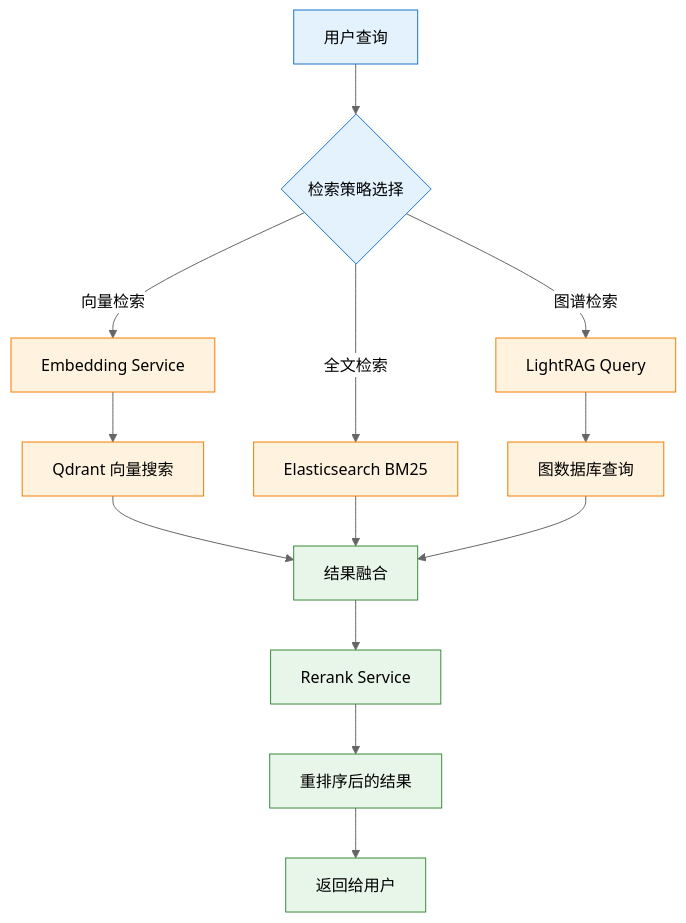
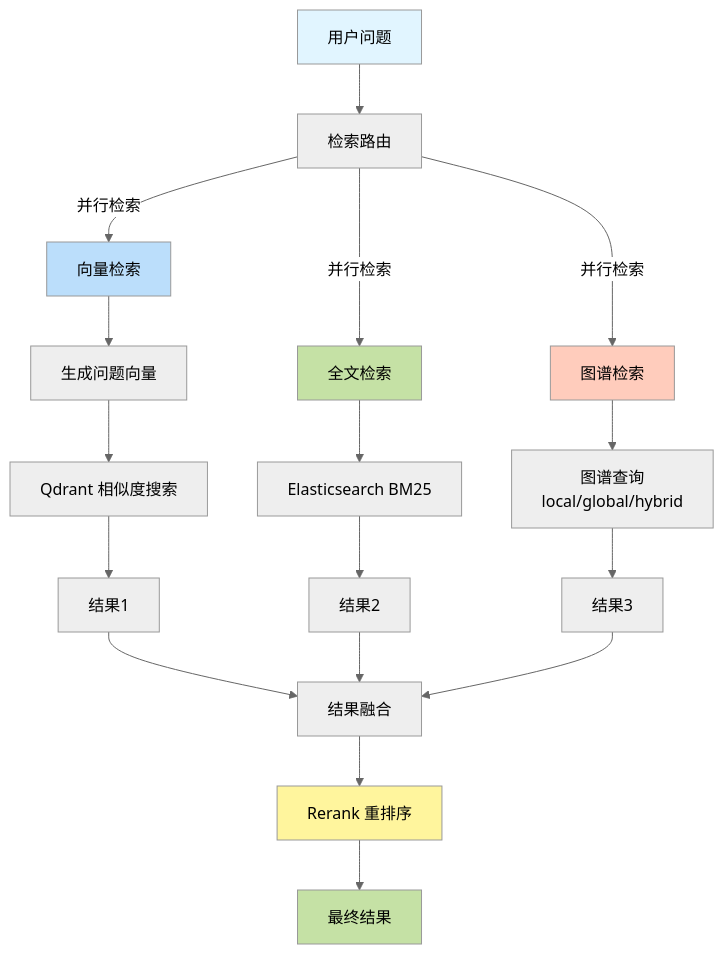
One commit to ruah0807/ApeRAG changed the ninth of 13 diagrams in docs/zh-CN/design/architecture.md. Above: the diagram before and after it, drawn with Mermaid (neutral theme). The commit also changed other lines of this file and 5 other files, not shown here.

Commit message:
feat: update architecture docs (#1431)

````diff
--- a/docs/zh-CN/design/architecture.md
+++ b/docs/zh-CN/design/architecture.md
@@ -448,29 +395,32 @@
 ```mermaid
-graph TB
-    A[用户查询] --> B{检索策略选择}
+flowchart TB
+    Query[用户问题] --> Router[检索路由]
     
-    B -->|向量检索| C[Embedding Service]
-    C --> D[Qdrant 向量搜索]
+    Router --> |并行检索| Vector[向量检索]
+    Router --> |并行检索| Fulltext[全文检索]
+    Router --> |并行检索| Graph[图谱检索]
     
-    B -->|全文检索| E[Elasticsearch BM25]
+    Vector --> Embed[生成问题向量]
+    Embed --> QdrantSearch[Qdrant 相似度搜索]
+    QdrantSearch --> R1[结果1]
     
-    B -->|图谱检索| F[LightRAG Query]
-    F --> G[图数据库查询]
+    Fulltext --> ESSearch[Elasticsearch BM25]
+    ESSearch --> R2[结果2]
     
-    D --> H[结果融合]
-    E --> H
-    G --> H
+    Graph --> GraphQuery[图谱查询<br/>local/global/hybrid]
+    GraphQuery --> R3[结果3]
     
-    H --> I[Rerank Service]
-    I --> J[重排序后的结果]
+    R1 --> Merge[结果融合]
+    R2 --> Merge
+    R3 --> Merge
     
-    J --> K[返回给用户]
+    Merge --> Rerank[Rerank 重排序]
+    Rerank --> Final[最终结果]
     
-    classDef query fill:#e3f2fd,stroke:#1976d2
-    classDef retrieval fill:#fff3e0,stroke:#f57c00
-    classDef fusion fill:#e8f5e9,stroke:#388e3c
-    
-    class A,B query
-    class C,D,E,F,G retrieval
-    class H,I,J,K fusion
+    style Query fill:#e1f5ff
+    style Vector fill:#bbdefb
+    style Fulltext fill:#c5e1a5
+    style Graph fill:#ffccbc
+    style Rerank fill:#fff59d
+    style Final fill:#c5e1a5
 ```
````
